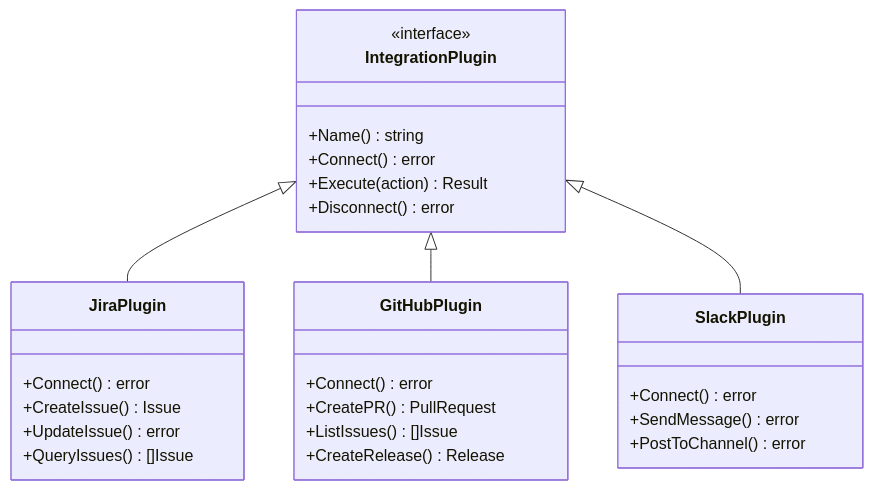
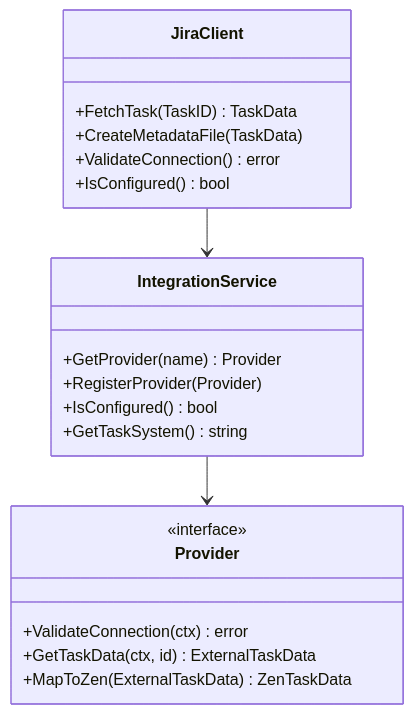
Before and after one commit to daddia/zen-cli: the third of 5 diagrams in docs/architecture/views/components.md, drawn with Mermaid. The commit also changed other lines of this file and 12 other files, not shown here.

First line of the commit message:
feat(docs): enhance user and integration documentation for Zen CLI

````diff
--- a/docs/architecture/views/components.md
+++ b/docs/architecture/views/components.md
@@ -190,34 +212,26 @@
 ```mermaid
 classDiagram
-    class IntegrationPlugin {
-        <<interface>>
-        +Name() string
-        +Connect() error
-        +Execute(action) Result
-        +Disconnect() error
+    class IntegrationService {
+        +GetProvider(name) Provider
+        +RegisterProvider(Provider)
+        +IsConfigured() bool
+        +GetTaskSystem() string
     }
     
-    class JiraPlugin {
-        +Connect() error
-        +CreateIssue() Issue
-        +UpdateIssue() error
-        +QueryIssues() []Issue
+    class JiraClient {
+        +FetchTask(TaskID) TaskData
+        +CreateMetadataFile(TaskData)
+        +ValidateConnection() error
+        +IsConfigured() bool
     }
     
-    class GitHubPlugin {
-        +Connect() error
-        +CreatePR() PullRequest
-        +ListIssues() []Issue
-        +CreateRelease() Release
+    class Provider {
+        <<interface>>
+        +ValidateConnection(ctx) error
+        +GetTaskData(ctx, id) ExternalTaskData
+        +MapToZen(ExternalTaskData) ZenTaskData
     }
     
-    class SlackPlugin {
-        +Connect() error
-        +SendMessage() error
-        +PostToChannel() error
-    }
-    
-    IntegrationPlugin <|-- JiraPlugin
-    IntegrationPlugin <|-- GitHubPlugin
-    IntegrationPlugin <|-- SlackPlugin
+    IntegrationService --> Provider
+    JiraClient --> IntegrationService
 ```
````
